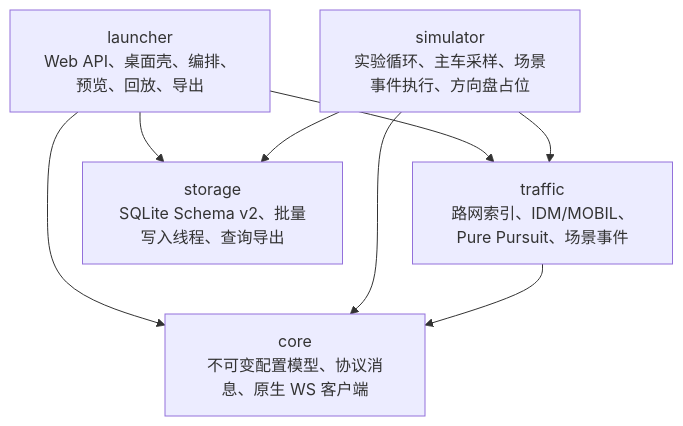
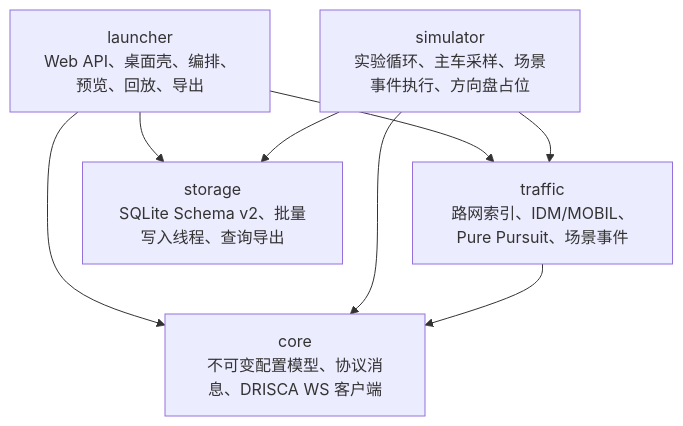
The second of 2 diagrams in docs/design/01-Architecture.md (ZiyuZ/DRISCA), drawn with Mermaid before and after one commit. The commit also changed other lines of this file and 32 other files, not shown here.

Commit message:
docs: 统一文档表述、补全最新功能说明并嵌入运行截图

````diff
--- a/docs/design/01-Architecture.md
+++ b/docs/design/01-Architecture.md
@@ -39,16 +39,16 @@
 ```mermaid
 flowchart TD
     launcher["launcher<br/>Web API、桌面壳、编排、预览、回放、导出"]
     simulator["simulator<br/>实验循环、主车采样、场景事件执行、方向盘占位"]
     traffic["traffic<br/>路网索引、IDM/MOBIL、Pure Pursuit、场景事件"]
-    core["core<br/>不可变配置模型、协议消息、原生 WS 客户端"]
+    core["core<br/>不可变配置模型、协议消息、DRISCA WS 客户端"]
     storage["storage<br/>SQLite Schema v2、批量写入线程、查询导出"]
 
     launcher --> core
     launcher --> storage
     launcher --> traffic
     simulator --> core
     simulator --> storage
     simulator --> traffic
     traffic --> core
 ```
````
